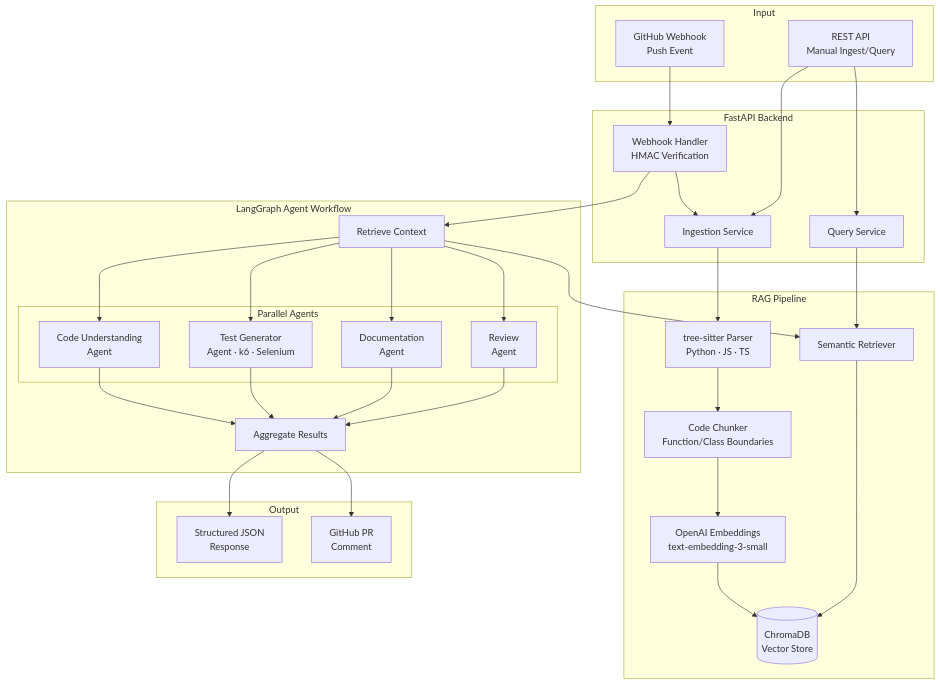
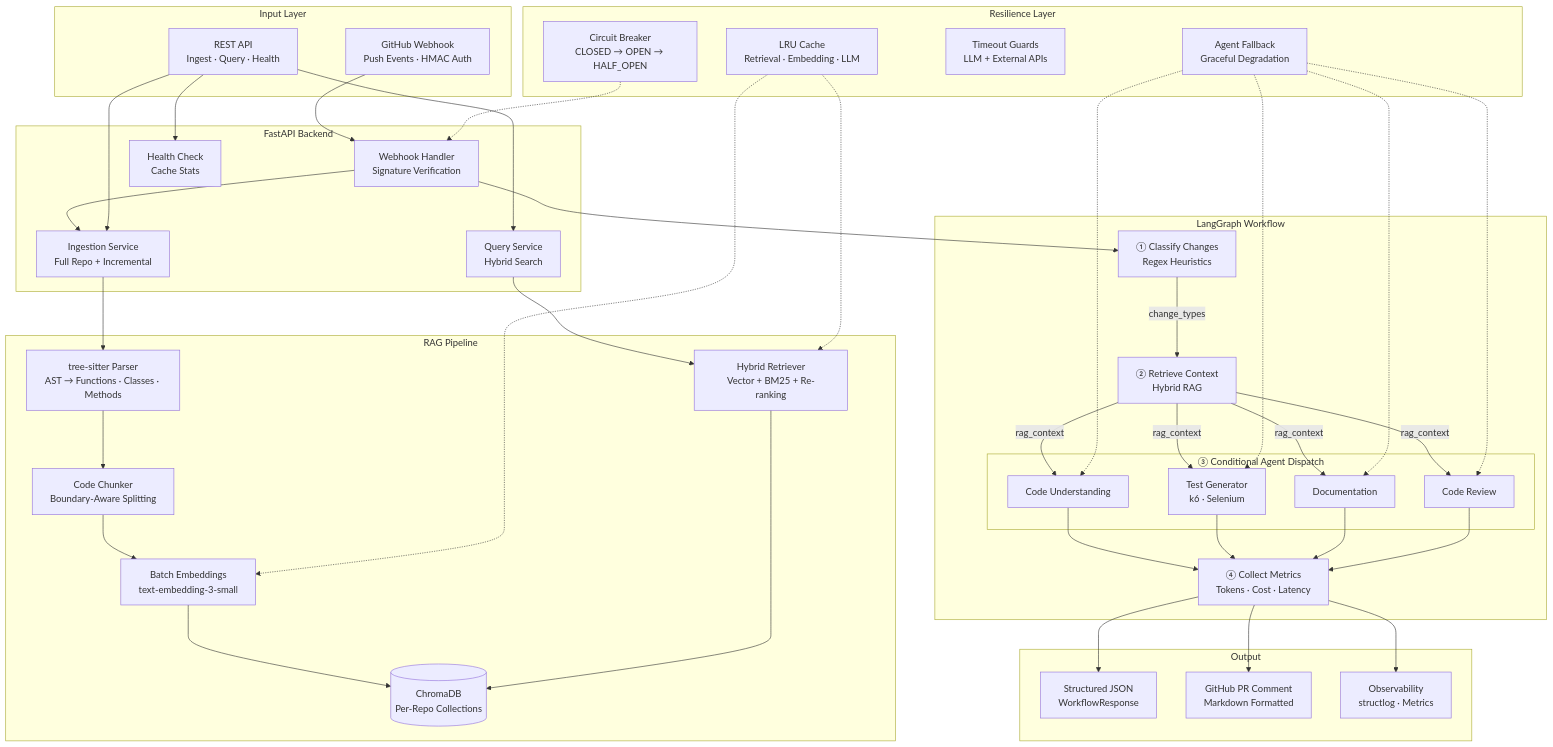
The first of 3 diagrams in README.md (Dark-Aks/DevPilot-AI), drawn with Mermaid before and after one commit. The commit also changed other lines of this file and 38 other files, not shown here.

````diff
--- a/README.md
+++ b/README.md
@@ -7,48 +13,60 @@
 ```mermaid
 flowchart TB
-    subgraph Input
-        GH[GitHub Webhook<br/>Push Event]
-        API[REST API<br/>Manual Ingest/Query]
+    subgraph Input Layer
+        GH[GitHub Webhook<br/>Push Events · HMAC Auth]
+        API[REST API<br/>Ingest · Query · Health]
     end
 
     subgraph "FastAPI Backend"
-        WH[Webhook Handler<br/>HMAC Verification]
-        ING[Ingestion Service]
-        QRY[Query Service]
+        WH[Webhook Handler<br/>Signature Verification]
+        ING[Ingestion Service<br/>Full Repo + Incremental]
+        QRY[Query Service<br/>Hybrid Search]
+        HC[Health Check<br/>Cache Stats]
     end
 
     subgraph "RAG Pipeline"
-        TS[tree-sitter Parser<br/>Python · JS · TS]
-        CHK[Code Chunker<br/>Function/Class Boundaries]
-        EMB[OpenAI Embeddings<br/>text-embedding-3-small]
-        VS[(ChromaDB<br/>Vector Store)]
-        RET[Semantic Retriever]
+        TS[tree-sitter Parser<br/>AST → Functions · Classes · Methods]
+        CHK[Code Chunker<br/>Boundary-Aware Splitting]
+        EMB[Batch Embeddings<br/>text-embedding-3-small]
+        VS[(ChromaDB<br/>Per-Repo Collections)]
+        RET[Hybrid Retriever<br/>Vector + BM25 + Re-ranking]
     end
 
-    subgraph "LangGraph Agent Workflow"
-        RC[Retrieve Context]
-        subgraph "Parallel Agents"
-            CU[Code Understanding<br/>Agent]
-            TG[Test Generator<br/>Agent · k6 · Selenium]
-            DOC[Documentation<br/>Agent]
-            REV[Review<br/>Agent]
+    subgraph "Resilience Layer"
+        CB[Circuit Breaker<br/>CLOSED → OPEN → HALF_OPEN]
+        FB[Agent Fallback<br/>Graceful Degradation]
+        TO[Timeout Guards<br/>LLM + External APIs]
+        CA[LRU Cache<br/>Retrieval · Embedding · LLM]
+    end
+
+    subgraph "LangGraph Workflow"
+        CL[①  Classify Changes<br/>Regex Heuristics]
+        RC[②  Retrieve Context<br/>Hybrid RAG]
+        subgraph "③  Conditional Agent Dispatch"
+            CU[Code Understanding]
+            TG[Test Generator<br/>k6 · Selenium]
+            DOC[Documentation]
+            REV[Code Review]
         end
-        AGG[Aggregate Results]
+        MET[④  Collect Metrics<br/>Tokens · Cost · Latency]
     end
 
     subgraph Output
-        JSON[Structured JSON<br/>Response]
-        PR[GitHub PR<br/>Comment]
+        JSON[Structured JSON<br/>WorkflowResponse]
+        PR[GitHub PR Comment<br/>Markdown Formatted]
+        OBS[Observability<br/>structlog · Metrics]
     end
 
     GH --> WH --> ING
-    API --> ING
-    API --> QRY
+    API --> ING & QRY & HC
     ING --> TS --> CHK --> EMB --> VS
     QRY --> RET --> VS
-    WH --> RC
-    RC --> RET
-    RC --> CU & TG & DOC & REV
-    CU & TG & DOC & REV --> AGG
-    AGG --> JSON & PR
+    WH --> CL
+    CL -->|"change_types"| RC
+    RC -->|"rag_context"| CU & TG & DOC & REV
+    CU & TG & DOC & REV --> MET
+    MET --> JSON & PR & OBS
+    CB -.-> WH
+    FB -.-> CU & TG & DOC & REV
+    CA -.-> RET & EMB
 ```
````
